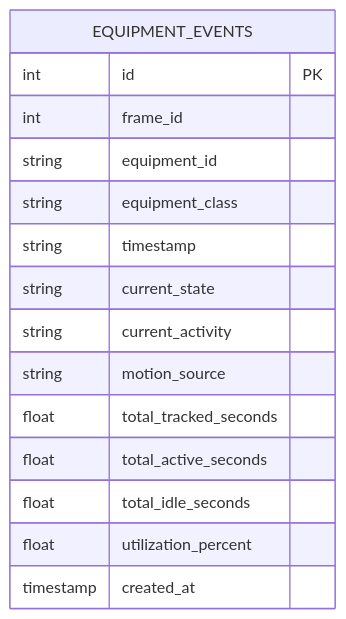
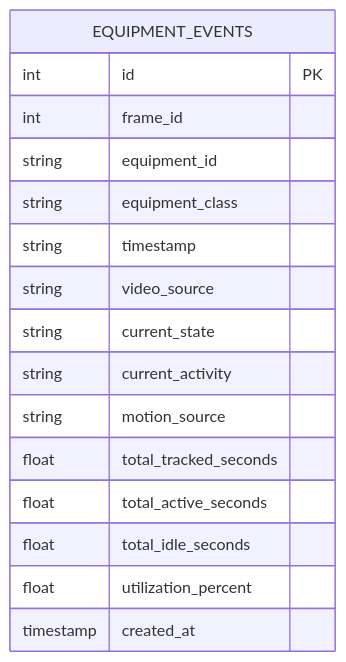
The sixth of 8 diagrams in .qoder/repowiki/en/content/Project Overview/System Architecture Overview.md (Azzoz-189/construction-equipment-monitoring), drawn with Mermaid before and after one commit. The commit also changed other lines of this file and 5 other files, not shown here.

````diff
--- a/.qoder/repowiki/en/content/Project Overview/System Architecture Overview.md
+++ b/.qoder/repowiki/en/content/Project Overview/System Architecture Overview.md
@@ -257,18 +388,19 @@
 ```mermaid
 erDiagram
 EQUIPMENT_EVENTS {
 int id PK
 int frame_id
 string equipment_id
 string equipment_class
 string timestamp
+string video_source
 string current_state
 string current_activity
 string motion_source
 float total_tracked_seconds
 float total_active_seconds
 float total_idle_seconds
 float utilization_percent
 timestamp created_at
 }
 ```
````
